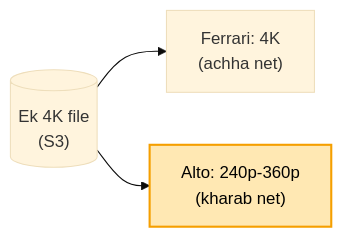
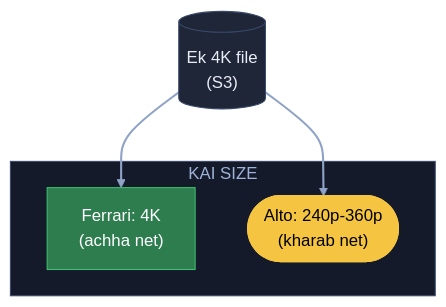
Diagram 11 of 15 in 04_HLD/SYSTEM_DESIGNS/03_twitter_feed/03_twitter_feed.md (ArpanMaheshwari144/Prep), drawn with Mermaid (base theme) before and after one commit. The commit also changed other lines of this file, not shown here.

Commit message:
Twitter: 15 diagram YouTube (reel) wale card andaaz me

````diff
--- a/04_HLD/SYSTEM_DESIGNS/03_twitter_feed/03_twitter_feed.md
+++ b/04_HLD/SYSTEM_DESIGNS/03_twitter_feed/03_twitter_feed.md
@@ -250,6 +368,16 @@
 ```mermaid
-flowchart LR
-    V[("Ek 4K file<br/>(S3)")] --> F["Ferrari: 4K<br/>(achha net)"]
-    V --> AL["Alto: 240p-360p<br/>(kharab net)"]
-    style AL fill:#ffe8b3,stroke:#f59f00,stroke-width:2px,color:#000
+flowchart TB
+    V[("Ek 4K file<br/>(S3)")]:::card
+    subgraph KS["KAI SIZE"]
+        F["Ferrari: 4K<br/>(achha net)"]:::good
+        AL(["Alto: 240p-360p<br/>(kharab net)"]):::pill
+    end
+    V --> F
+    V --> AL
+    linkStyle default stroke:#8fa3c7,stroke-width:2px
+    classDef card fill:#1e2638,stroke:#3a4a6b,color:#e8ecf5
+    classDef pill fill:#f5c542,stroke:#f5c542,color:#000
+    classDef good fill:#2e7d4f,stroke:#3fbf6f,color:#fff
+    classDef bad fill:#5c1f24,stroke:#e05561,color:#fff
+    style KS fill:#141a29,stroke:#3a4a6b,color:#9fb3d9
 ```
````
